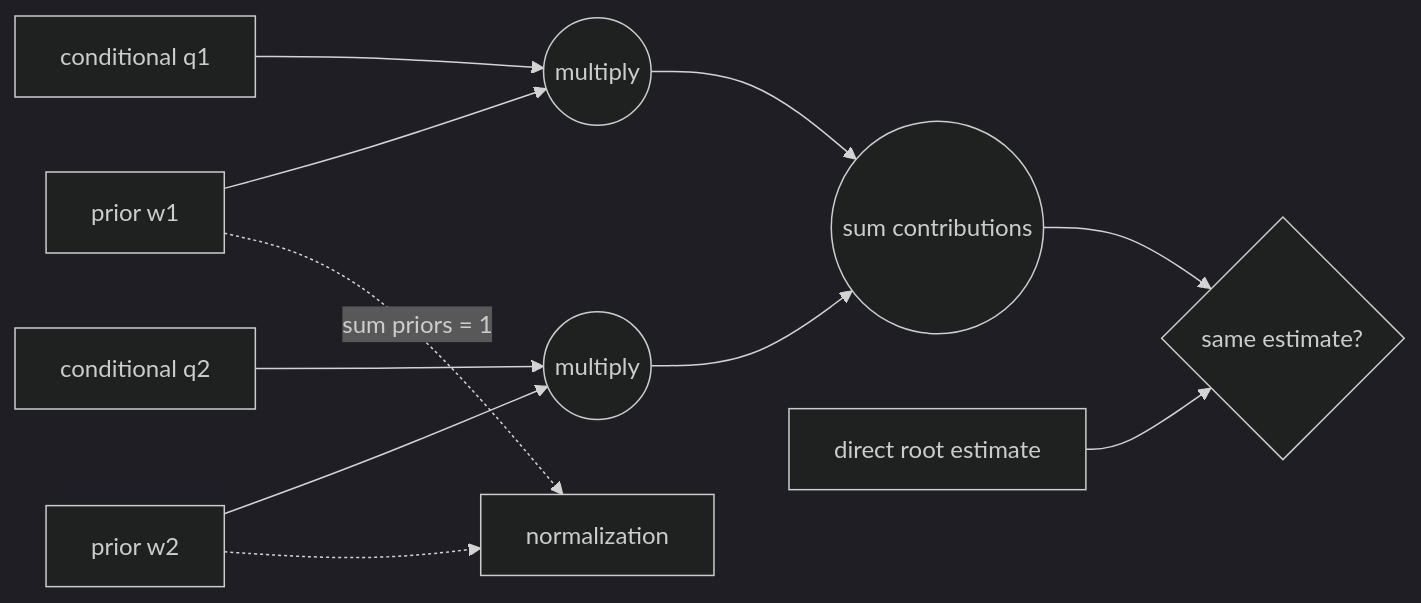
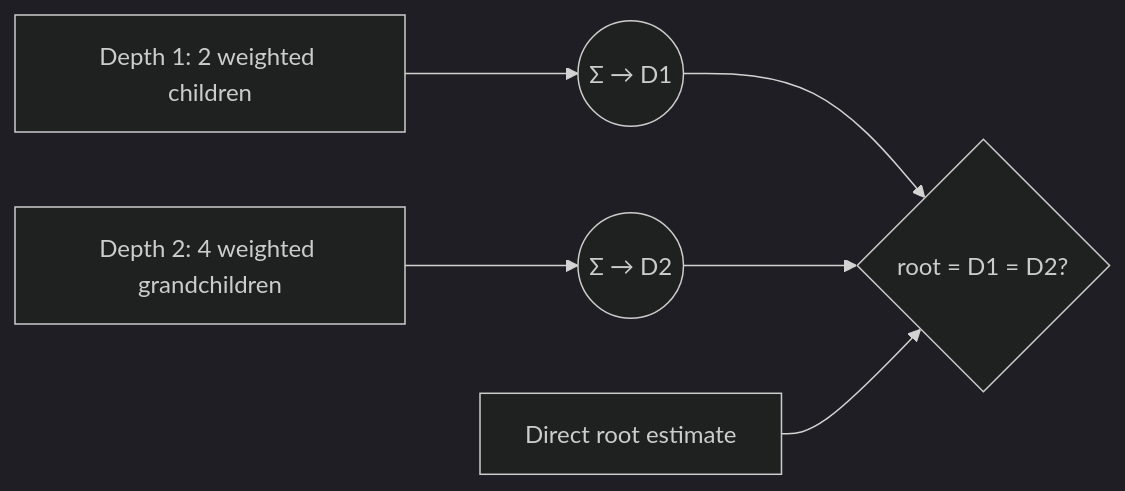
One commit to Betancourt1/paper_atlas changed the third of 3 diagrams in docs/visual-manifests/VISUAL_MANIFEST_PARTITION_PROMPT_AGGREGATE.md. Above: the diagram before and after it, drawn with Mermaid (dark theme). The commit also changed other lines of this file and 7 other files, not shown here.

````diff
--- a/docs/visual-manifests/VISUAL_MANIFEST_PARTITION_PROMPT_AGGREGATE.md
+++ b/docs/visual-manifests/VISUAL_MANIFEST_PARTITION_PROMPT_AGGREGATE.md
@@ -356,13 +322,8 @@
 ```mermaid
 flowchart LR
-  w1["prior w1"] --> m1(("multiply"))
-  q1["conditional q1"] --> m1
-  w2["prior w2"] --> m2(("multiply"))
-  q2["conditional q2"] --> m2
-  w1 -. "sum priors = 1" .-> norm["normalization"]
-  w2 -.-> norm
-  m1 --> sum(("sum contributions"))
-  m2 --> sum
-  sum --> check{"same estimate?"}
-  root["direct root estimate"] --> check
+  c1["Depth 1: 2 weighted children"] --> s1(("Σ → D1"))
+  c2["Depth 2: 4 weighted grandchildren"] --> s2(("Σ → D2"))
+  s1 --> eq{"root = D1 = D2?"}
+  s2 --> eq
+  root["Direct root estimate"] --> eq
 ```
````
